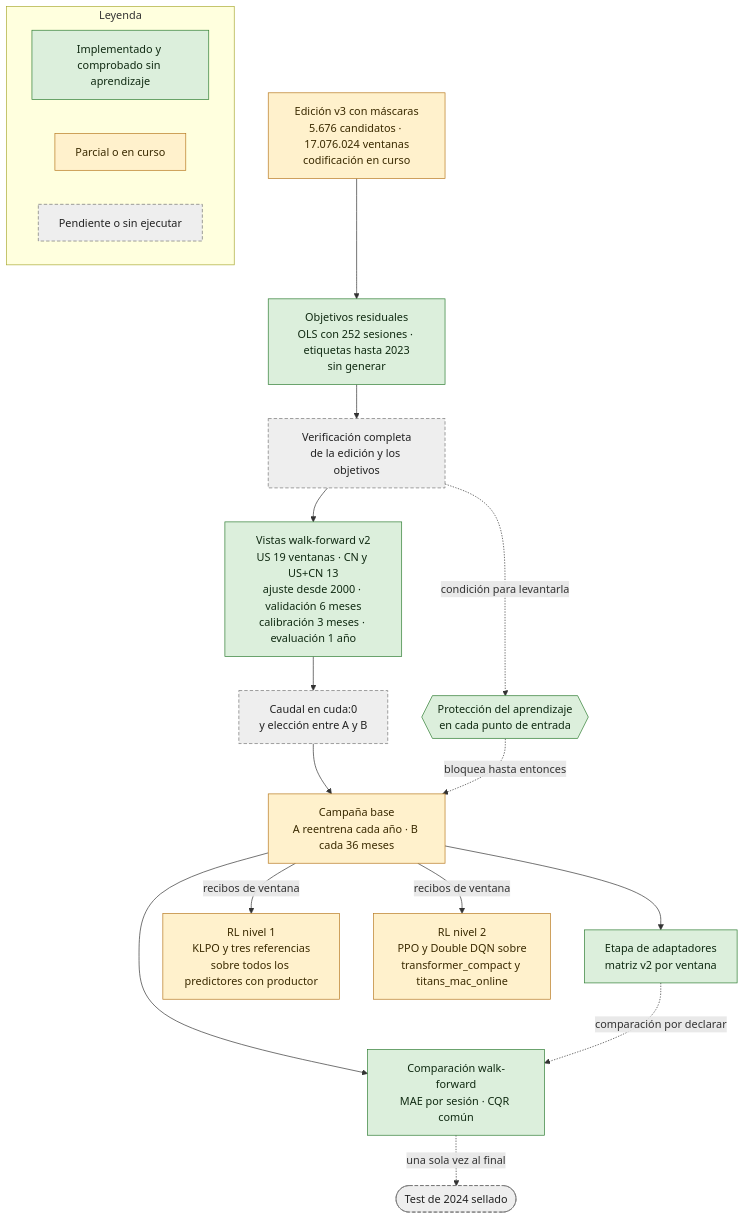
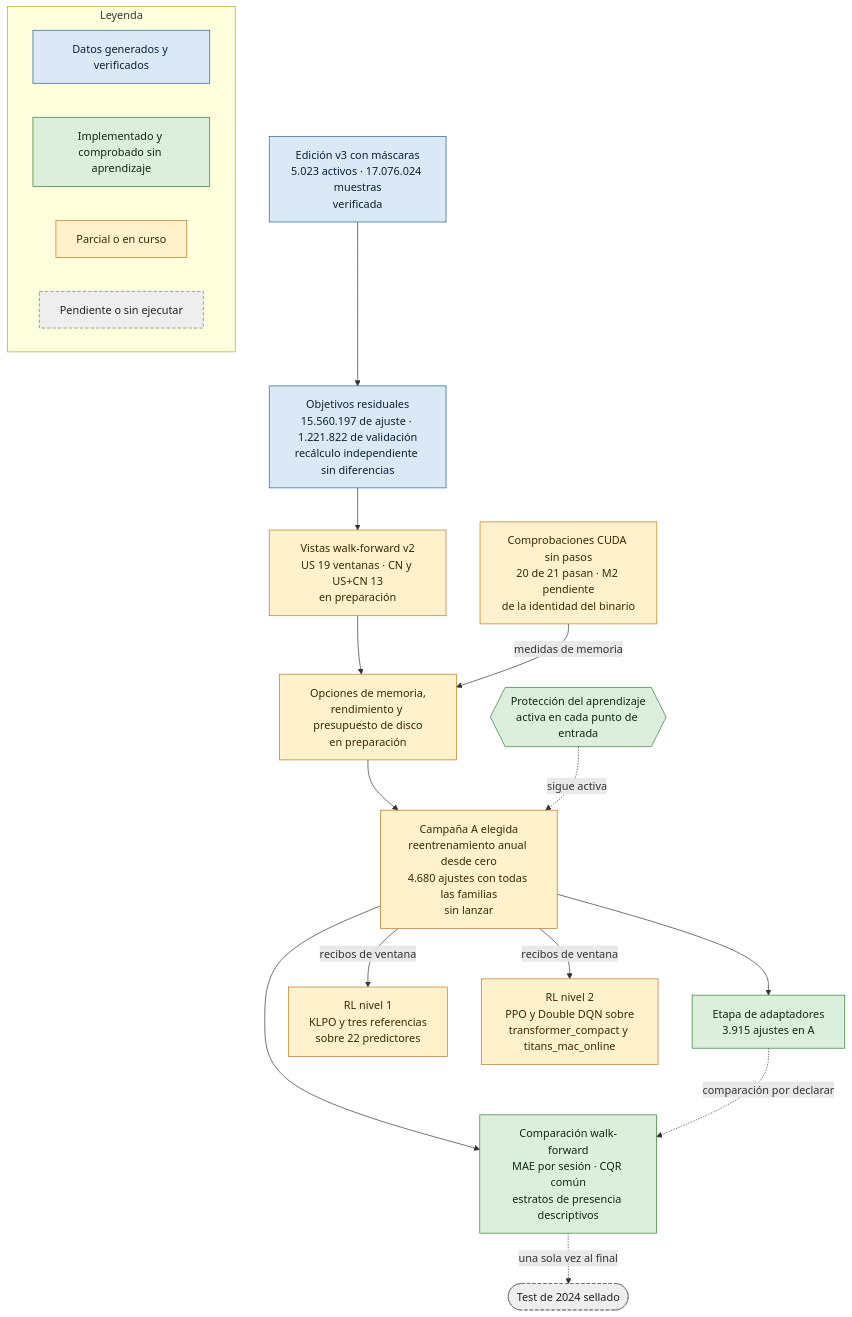
Before and after one commit to GonxKZ/mars-titan: the first of 3 diagrams in README.md, drawn with Mermaid. The commit also changed other lines of this file and 2 other files, not shown here.

First line of the commit message:
docs(readme): show the verified edition, campaign A and CUDA checks

````diff
--- a/README.md
+++ b/README.md
@@ -31,35 +33,37 @@
 ```mermaid
 flowchart TD
-    E["Edición v3 con máscaras<br/>5.676 candidatos · 17.076.024 ventanas<br/>codificación en curso"]:::parcial
-    O["Objetivos residuales<br/>OLS con 252 sesiones · etiquetas hasta 2023<br/>sin generar"]:::comprobado
-    V["Verificación completa<br/>de la edición y los objetivos"]:::pendiente
-    H{{"Protección del aprendizaje<br/>en cada punto de entrada"}}:::comprobado
-    W["Vistas walk-forward v2<br/>US 19 ventanas · CN y US+CN 13<br/>ajuste desde 2000 · validación 6 meses<br/>calibración 3 meses · evaluación 1 año"]:::comprobado
-    Q["Caudal en cuda:0<br/>y elección entre A y B"]:::pendiente
-    B["Campaña base<br/>A reentrena cada año · B cada 36 meses"]:::parcial
-    P["Etapa de adaptadores<br/>matriz v2 por ventana"]:::comprobado
-    R1["RL nivel 1<br/>KLPO y tres referencias<br/>sobre todos los predictores con productor"]:::parcial
+    E["Edición v3 con máscaras<br/>5.023 activos · 17.076.024 muestras<br/>verificada"]:::ejecutado
+    O["Objetivos residuales<br/>15.560.197 de ajuste · 1.221.822 de validación<br/>recálculo independiente sin diferencias"]:::ejecutado
+    H{{"Protección del aprendizaje<br/>activa en cada punto de entrada"}}:::comprobado
+    W["Vistas walk-forward v2<br/>US 19 ventanas · CN y US+CN 13<br/>en preparación"]:::parcial
+    K["Comprobaciones CUDA sin pasos<br/>20 de 21 pasan · M2 pendiente<br/>de la identidad del binario"]:::parcial
+    Q["Opciones de memoria,<br/>rendimiento y presupuesto de disco<br/>en preparación"]:::parcial
+    A["Campaña A elegida<br/>reentrenamiento anual desde cero<br/>4.680 ajustes con todas las familias<br/>sin lanzar"]:::parcial
+    P["Etapa de adaptadores<br/>3.915 ajustes en A"]:::comprobado
+    R1["RL nivel 1<br/>KLPO y tres referencias<br/>sobre 22 predictores"]:::parcial
     R2["RL nivel 2<br/>PPO y Double DQN sobre<br/>transformer_compact y titans_mac_online"]:::parcial
-    C["Comparación walk-forward<br/>MAE por sesión · CQR común"]:::comprobado
+    C["Comparación walk-forward<br/>MAE por sesión · CQR común<br/>estratos de presencia descriptivos"]:::comprobado
     T(["Test de 2024 sellado"]):::pendiente
 
-    E --> O --> V --> W --> Q --> B
-    V -. condición para levantarla .-> H
-    H -. bloquea hasta entonces .-> B
-    B --> P
-    B -- recibos de ventana --> R1
-    B -- recibos de ventana --> R2
-    B --> C
+    E --> O --> W --> Q --> A
+    K -- medidas de memoria --> Q
+    H -. sigue activa .-> A
+    A --> P
+    A -- recibos de ventana --> R1
+    A -- recibos de ventana --> R2
+    A --> C
     P -. comparación por declarar .-> C
     C -. una sola vez al final .-> T
 
     subgraph LEY["Leyenda"]
+        L0["Datos generados y verificados"]:::ejecutado
         L1["Implementado y comprobado sin aprendizaje"]:::comprobado
         L2["Parcial o en curso"]:::parcial
         L3["Pendiente o sin ejecutar"]:::pendiente
     end
 
+    classDef ejecutado fill:#dbe8f6,stroke:#1f5f99,color:#0d2238
     classDef comprobado fill:#dcefdc,stroke:#2e7d32,color:#102a12
     classDef parcial fill:#fff1cc,stroke:#b7791f,color:#3a2a00
     classDef pendiente fill:#eeeeee,stroke:#757575,color:#222222,stroke-dasharray:5 3
 ```
````
